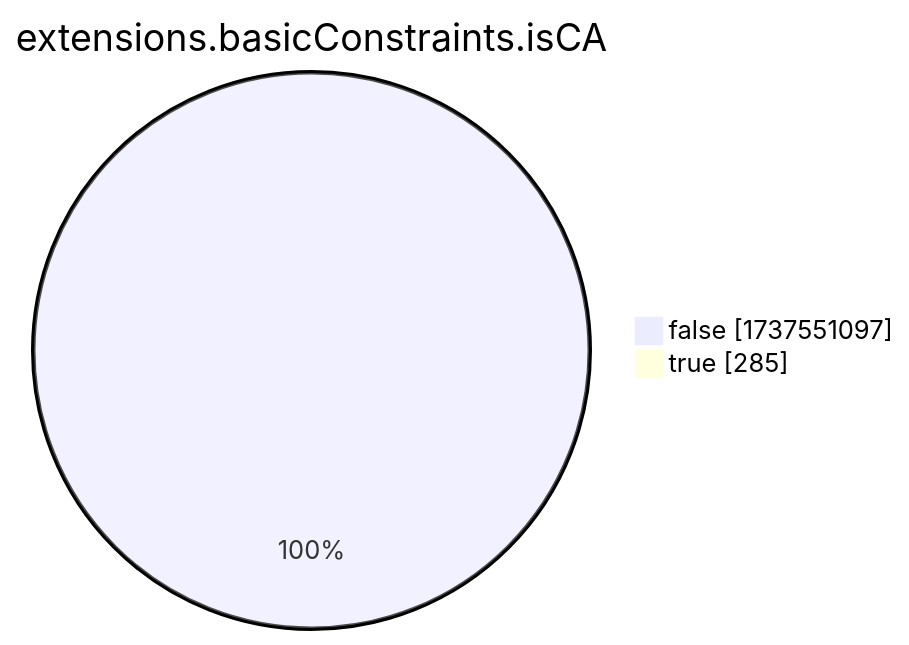
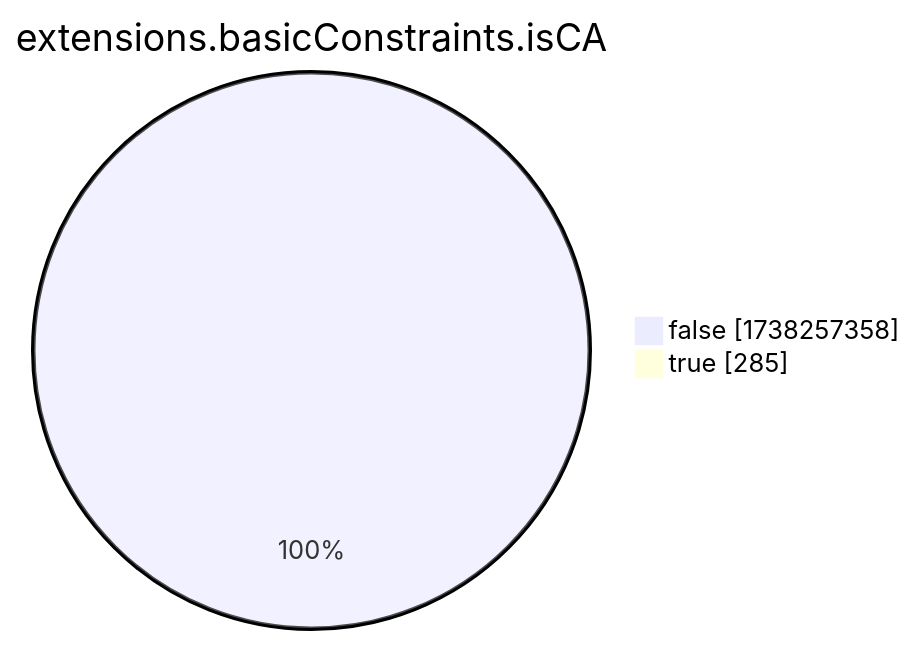
The eighth of 15 diagrams in xenon2022/README.md (christiankrug/ctmonitor_visualization), drawn with Mermaid before and after one commit. The commit also changed other lines of this file, not shown here.

````diff
--- a/xenon2022/README.md
+++ b/xenon2022/README.md
@@ -2867,6 +2867,6 @@
 ```mermaid
 pie showData
 title extensions.basicConstraints.isCA
-"false" :1737551097
+"false" :1738257358
 "true" :285
 ```
````
